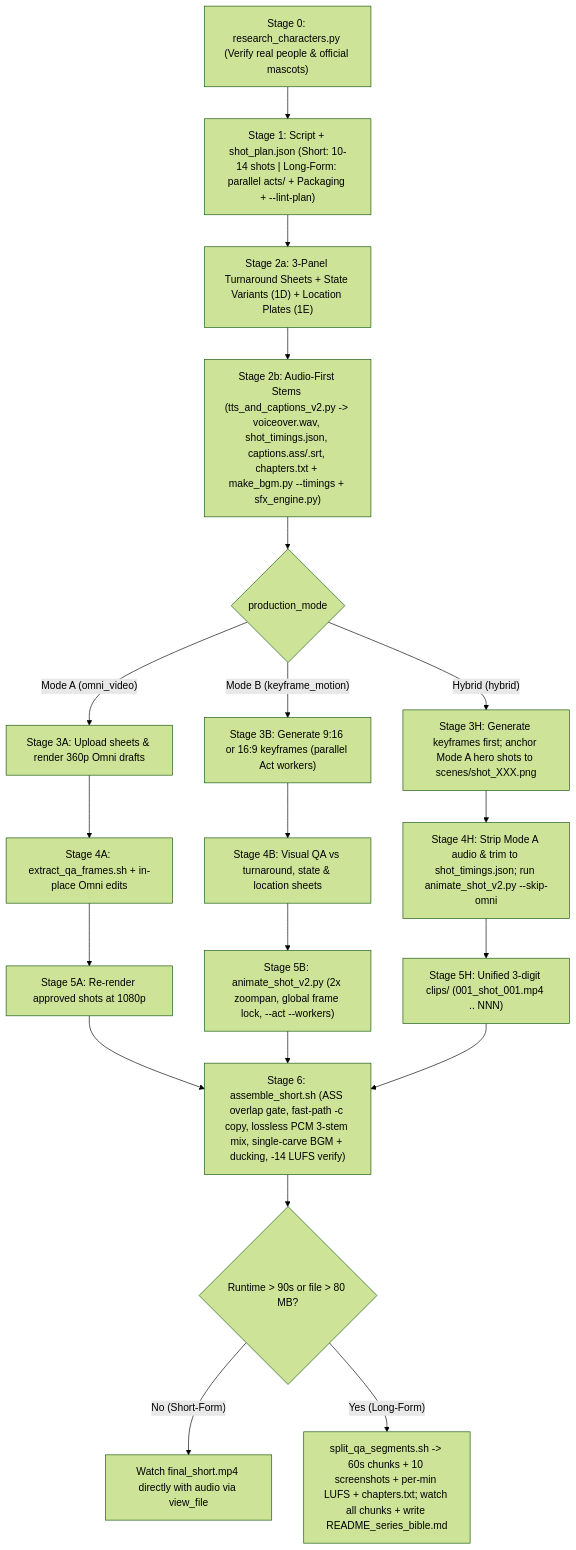
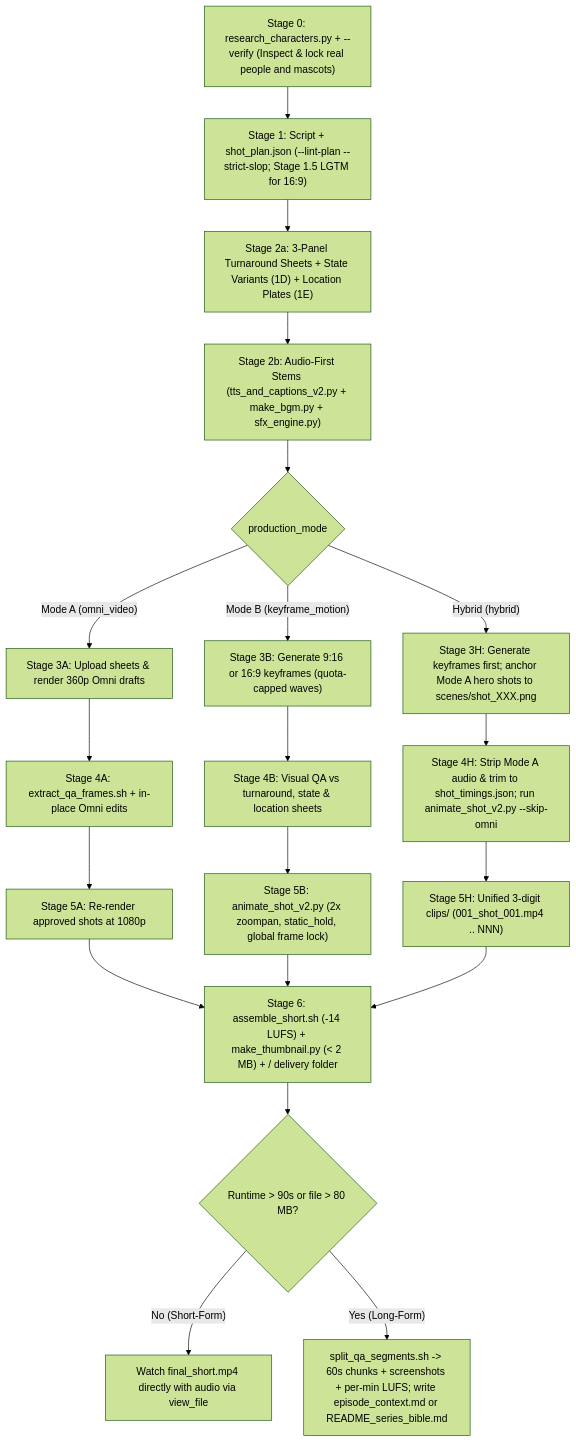
Before and after one commit to nikeshthapa255/Video-creator-skills: the second of 2 diagrams in README.md, drawn with Mermaid (forest theme). The commit also changed other lines of this file and 13 other files, not shown here.

````diff
--- a/README.md
+++ b/README.md
@@ -70,29 +66,29 @@
 ```mermaid
 flowchart TD
-    S0["Stage 0: research_characters.py (Verify real people & official mascots)"]
-    S1["Stage 1: Script + shot_plan.json (Short: 10-14 shots | Long-Form: parallel acts/ + Packaging + --lint-plan)"]
+    S0["Stage 0: research_characters.py + --verify (Inspect & lock real people and mascots)"]
+    S1["Stage 1: Script + shot_plan.json (--lint-plan --strict-slop; Stage 1.5 LGTM for 16:9)"]
     S2A["Stage 2a: 3-Panel Turnaround Sheets + State Variants (1D) + Location Plates (1E)"]
-    S2B["Stage 2b: Audio-First Stems (tts_and_captions_v2.py -> voiceover.wav, shot_timings.json, captions.ass/.srt, chapters.txt + make_bgm.py --timings + sfx_engine.py)"]
+    S2B["Stage 2b: Audio-First Stems (tts_and_captions_v2.py + make_bgm.py + sfx_engine.py)"]
 
     S0 --> S1 --> S2A --> S2B --> Router{"production_mode"}
 
     Router -->|"Mode A (omni_video)"| A3["Stage 3A: Upload sheets & render 360p Omni drafts"]
     A3 --> A4["Stage 4A: extract_qa_frames.sh + in-place Omni edits"]
     A4 --> A5["Stage 5A: Re-render approved shots at 1080p"]
 
-    Router -->|"Mode B (keyframe_motion)"| B3["Stage 3B: Generate 9:16 or 16:9 keyframes (parallel Act workers)"]
+    Router -->|"Mode B (keyframe_motion)"| B3["Stage 3B: Generate 9:16 or 16:9 keyframes (quota-capped waves)"]
     B3 --> B4["Stage 4B: Visual QA vs turnaround, state & location sheets"]
-    B4 --> B5["Stage 5B: animate_shot_v2.py (2x zoompan, global frame lock, --act --workers)"]
+    B4 --> B5["Stage 5B: animate_shot_v2.py (2x zoompan, static_hold, global frame lock)"]
 
     Router -->|"Hybrid (hybrid)"| H3["Stage 3H: Generate keyframes first; anchor Mode A hero shots to scenes/shot_XXX.png"]
     H3 --> H4["Stage 4H: Strip Mode A audio & trim to shot_timings.json; run animate_shot_v2.py --skip-omni"]
     H4 --> H5["Stage 5H: Unified 3-digit clips/ (001_shot_001.mp4 .. NNN)"]
 
-    A5 --> S6["Stage 6: assemble_short.sh (ASS overlap gate, fast-path -c copy, lossless PCM 3-stem mix, single-carve BGM + ducking, -14 LUFS verify)"]
+    A5 --> S6["Stage 6: assemble_short.sh (-14 LUFS) + make_thumbnail.py (< 2 MB) + <slug>/ delivery folder"]
     B5 --> S6
     H5 --> S6
 
     S6 --> QASplit{"Runtime > 90s or file > 80 MB?"}
     QASplit -->|"No (Short-Form)"| QAShort["Watch final_short.mp4 directly with audio via view_file"]
-    QASplit -->|"Yes (Long-Form)"| QALong["split_qa_segments.sh -> 60s chunks + 10 screenshots + per-min LUFS + chapters.txt; watch all chunks + write README_series_bible.md"]
+    QASplit -->|"Yes (Long-Form)"| QALong["split_qa_segments.sh -> 60s chunks + screenshots + per-min LUFS; write episode_context.md or README_series_bible.md"]
 ```
````
